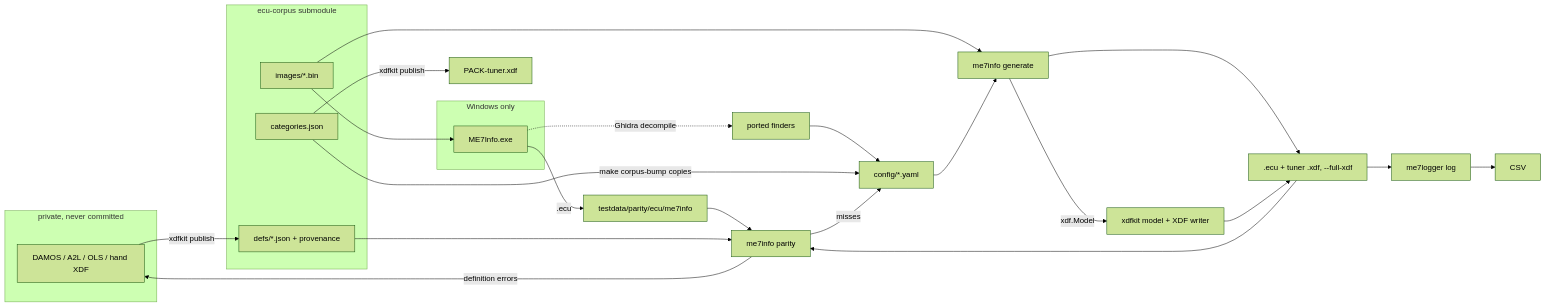
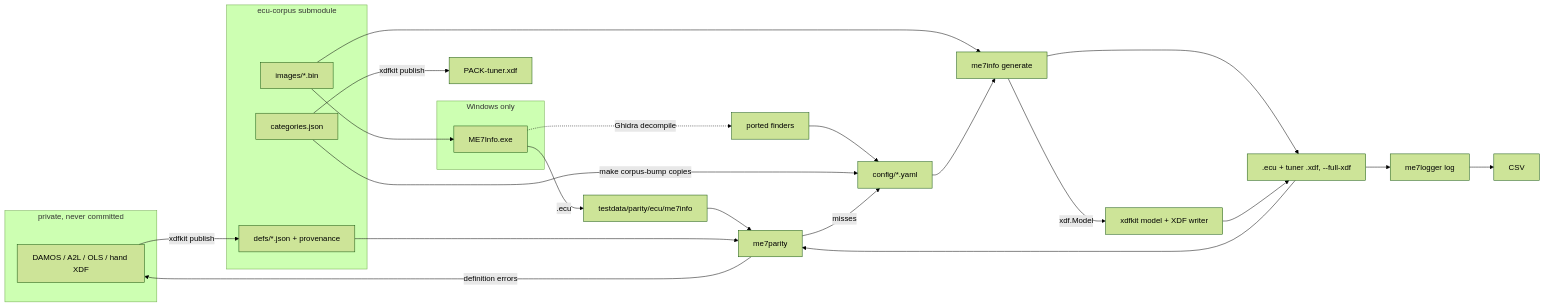
Before and after one commit to nyetlabs/me7-logger: the diagram in DEVELOPER.md, drawn with Mermaid (forest theme). The commit also changed other lines of this file and 9 other files, not shown here.

First line of the commit message:
feat: move parity commands off me7info

````diff
--- a/DEVELOPER.md
+++ b/DEVELOPER.md
@@ -5,31 +5,31 @@
 ```mermaid
 flowchart LR
   subgraph priv[private, never committed]
     src[DAMOS / A2L / OLS / hand XDF]
   end
   subgraph corpus[ecu-corpus submodule]
     bin[images/*.bin]
     def[defs/*.json + provenance]
     cats[categories.json]
   end
   subgraph win[Windows only]
     exe[ME7Info.exe]
   end
   src -->|xdfkit publish| def
   bin --> exe -->|.ecu| oracle[testdata/parity/ecu/me7info]
   exe -.->|Ghidra decompile| port[ported finders]
   port --> cfg[config/*.yaml]
   bin --> gen[me7info generate]
   cfg --> gen
   cats -->|make corpus-bump copies| cfg
   cats -->|xdfkit publish| tuner[PACK-tuner.xdf]
   gen -->|xdf.Model| kit[xdfkit model + XDF writer]
   gen --> out[.ecu + tuner .xdf, --full-xdf]
   kit --> out
   out --> log[me7logger log] --> csv[CSV]
-  out --> par[me7info parity]
+  out --> par[me7parity]
   oracle --> par
   def --> par
   par -->|misses| cfg
   par -->|definition errors| src
 ```
````
